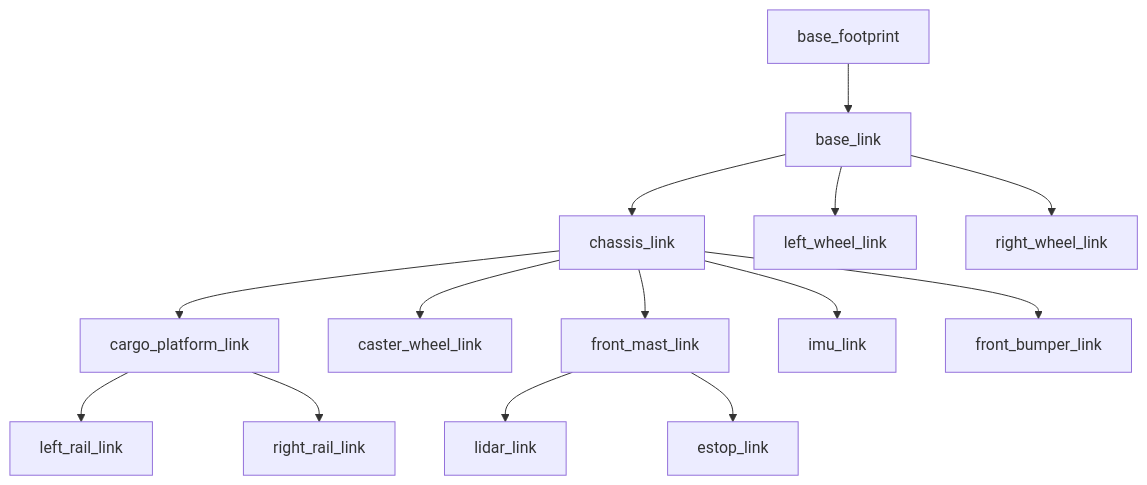
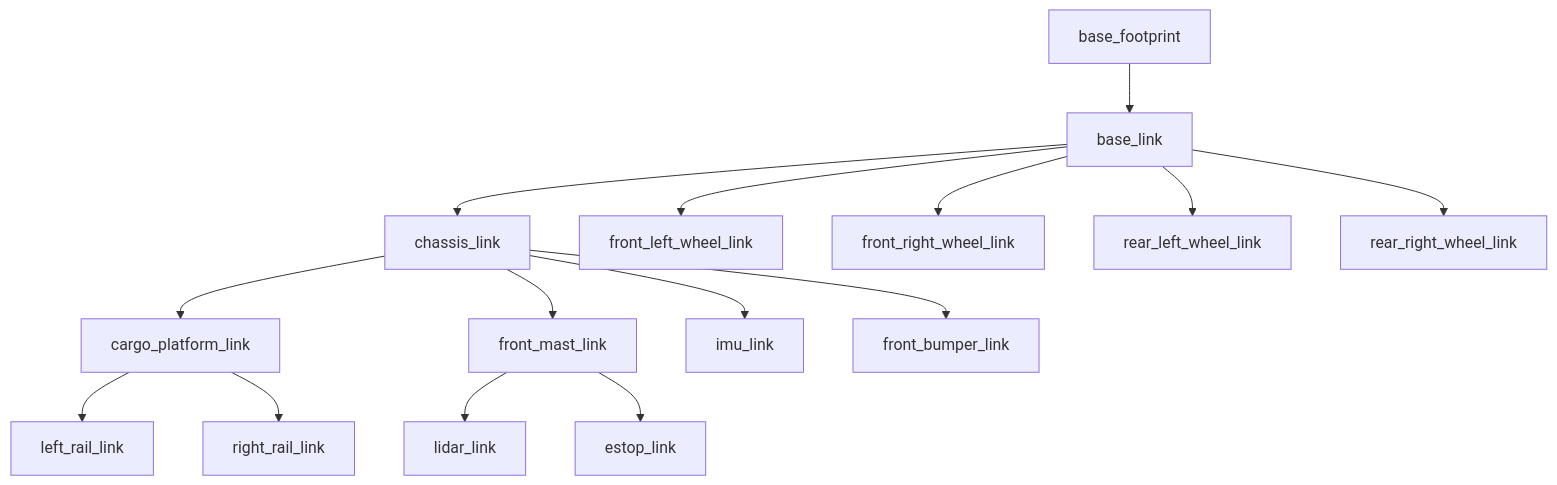
Before and after one commit to razafiarisonialy/Mobile-autonome-Robot-UDM-MIAR: the diagram in walkthrough.md, drawn with Mermaid. The commit also changed other lines of this file and 6 other files, not shown here.

````diff
--- a/walkthrough.md
+++ b/walkthrough.md
@@ -78,16 +67,17 @@
 ```mermaid
 graph TD
     BF[base_footprint] --> BL[base_link]
     BL --> CL[chassis_link]
-    BL --> LW[left_wheel_link]
-    BL --> RW[right_wheel_link]
+    BL --> FL[front_left_wheel_link]
+    BL --> FR[front_right_wheel_link]
+    BL --> RL[rear_left_wheel_link]
+    BL --> RR[rear_right_wheel_link]
     CL --> CP[cargo_platform_link]
-    CL --> CW[caster_wheel_link]
     CL --> FM[front_mast_link]
     CL --> IMU[imu_link]
     CL --> FB[front_bumper_link]
     FM --> LD[lidar_link]
     FM --> ES[estop_link]
-    CP --> LR[left_rail_link]
-    CP --> RR[right_rail_link]
+    CP --> L_RAIL[left_rail_link]
+    CP --> R_RAIL[right_rail_link]
 ```
````
